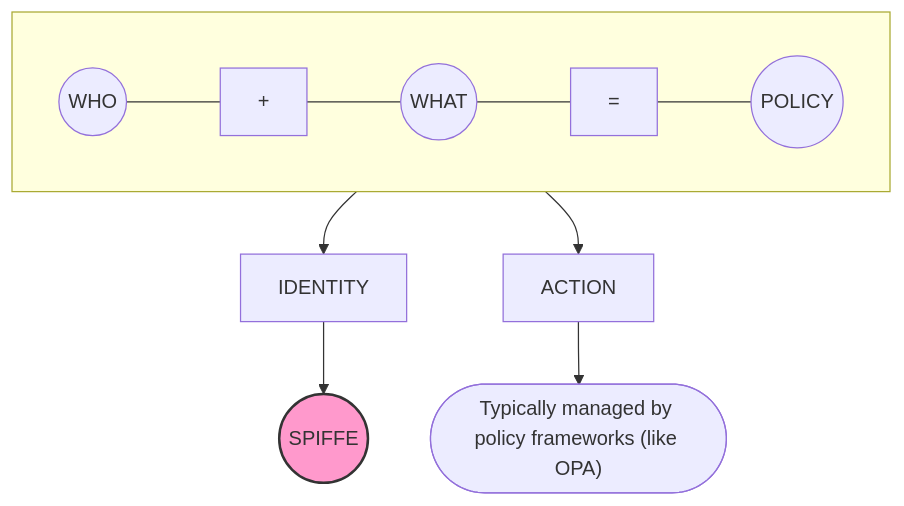
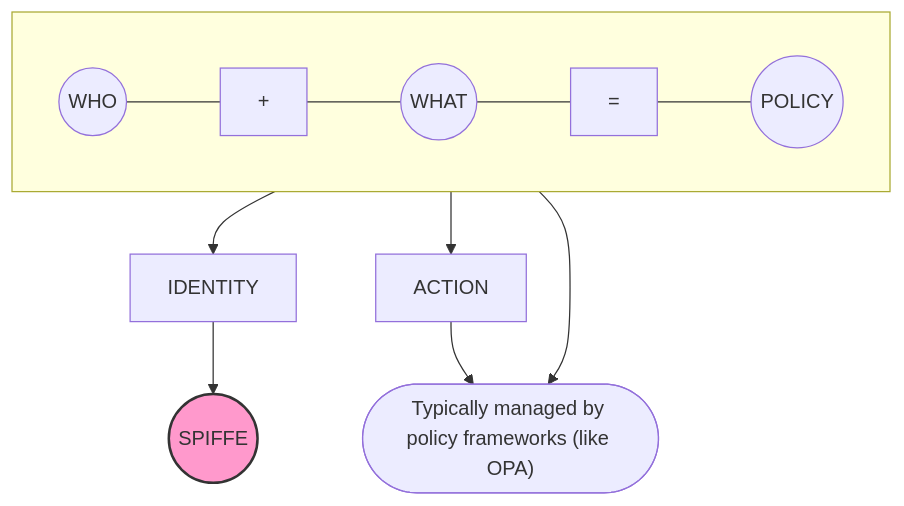
The first of 2 diagrams in thunder/ep28-spiffe-spire/notes.md (wiggitywhitney/board-notes), drawn with Mermaid before and after one commit.

Commit message:
Add POLICY-to-frameworks arrow in WHO+WHAT=POLICY diagram

````diff
--- a/thunder/ep28-spiffe-spire/notes.md
+++ b/thunder/ep28-spiffe-spire/notes.md
@@ -23,11 +23,12 @@
 ```mermaid
 graph TD
     subgraph Equation[" "]
         direction LR
         Who((WHO)) --- Plus["+"] --- What((WHAT)) --- Equals["="] --- PolicyResult((POLICY))
     end
     Who --> Identity[IDENTITY] --> Spiffe((SPIFFE))
     What --> Action[ACTION] --> Frameworks(["Typically managed by policy frameworks (like OPA)"])
+    PolicyResult --> Frameworks
 
     style Spiffe fill:#f9c,stroke:#333,stroke-width:2px
 ```
````
